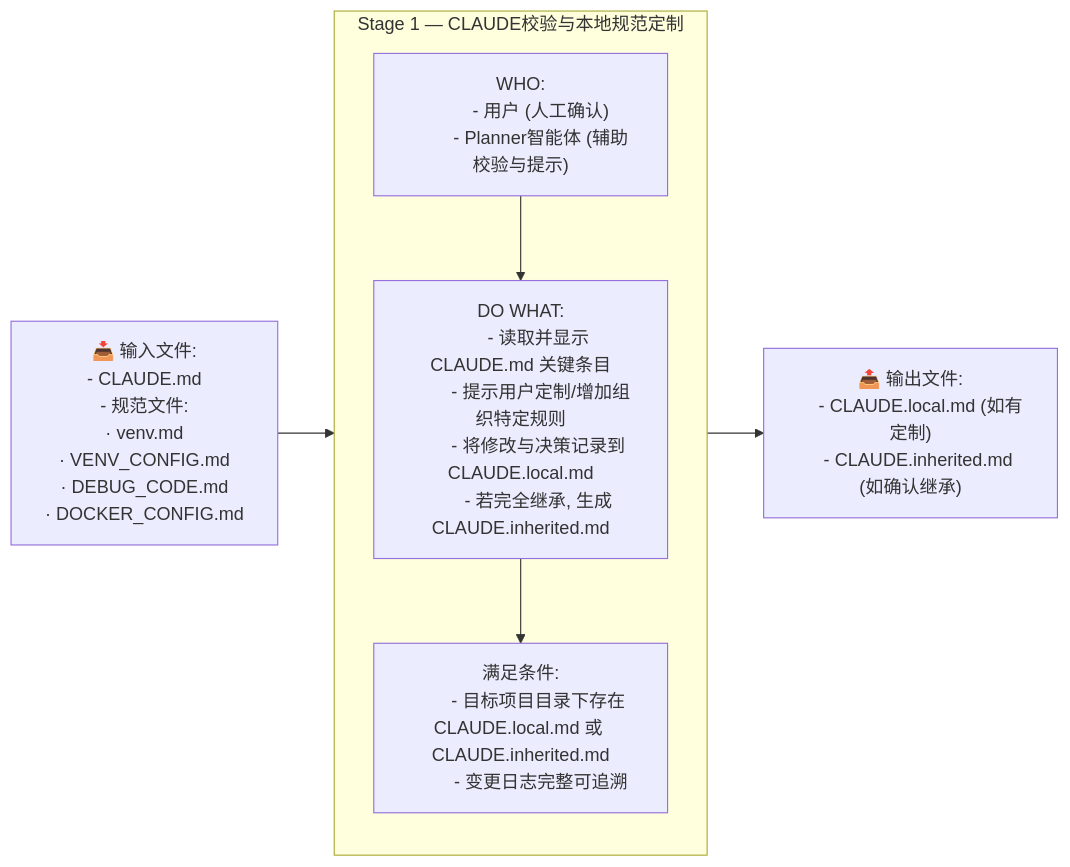
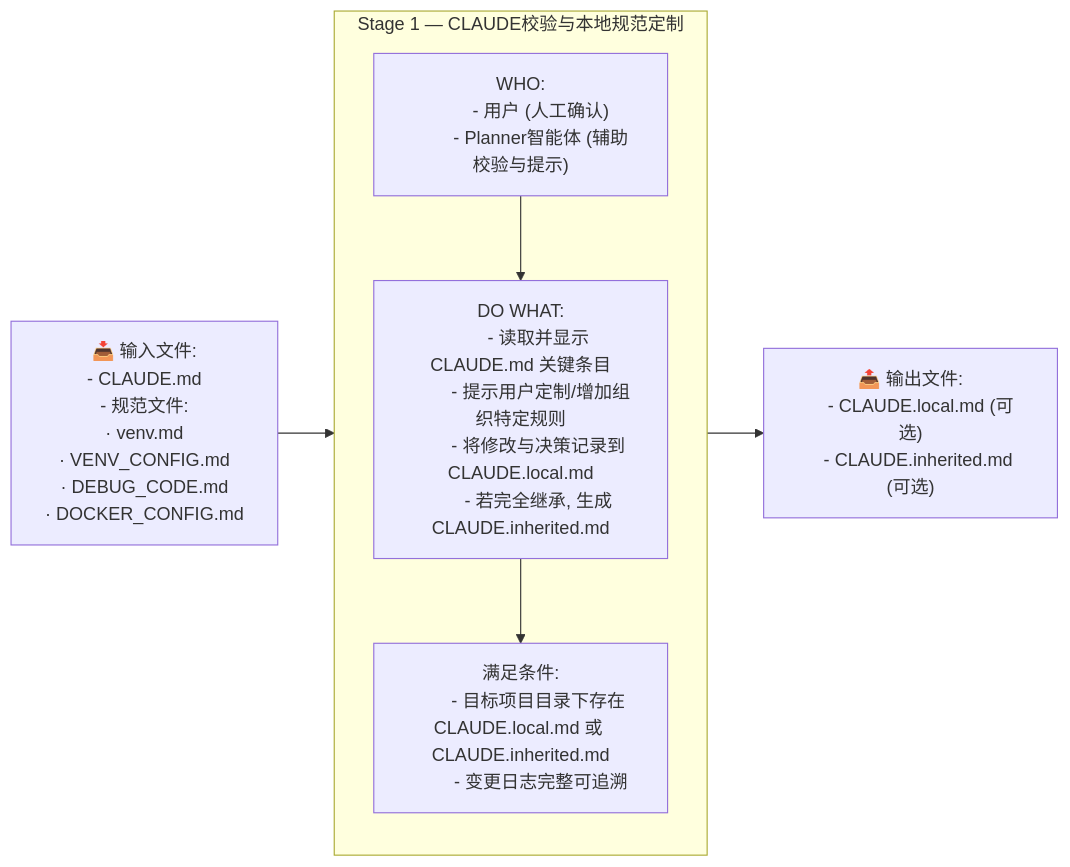
Before and after one commit to ouyangshixiong/context-engineering-zh: the eighth of 17 diagrams in README.md, drawn with Mermaid. The commit also changed other lines of this file, not shown here.

````diff
--- a/README.md
+++ b/README.md
@@ -310,38 +359,38 @@
 ```mermaid
 flowchart LR
     %% ================= Stage 1 =================
     I1["📥 输入文件:
     - CLAUDE.md
     - 规范文件:
       · venv.md
       · VENV_CONFIG.md
       · DEBUG_CODE.md
       · DOCKER_CONFIG.md"]
 
     O1["📤 输出文件:
-    - CLAUDE.local.md (如有定制)
-    - CLAUDE.inherited.md (如确认继承)"]
+    - CLAUDE.local.md (可选)
+    - CLAUDE.inherited.md (可选)"]
 
     subgraph S1["Stage 1 — CLAUDE校验与本地规范定制"]
         direction TB
         W1["WHO:
         - 用户 (人工确认)
         - Planner智能体 (辅助校验与提示)"]
 
         A1["DO WHAT:
         - 读取并显示 CLAUDE.md 关键条目
         - 提示用户定制/增加组织特定规则
         - 将修改与决策记录到 CLAUDE.local.md
         - 若完全继承, 生成 CLAUDE.inherited.md"]
 
         V1["满足条件:
         - 目标项目目录下存在 CLAUDE.local.md 或 CLAUDE.inherited.md
         - 变更日志完整可追溯"]
 
         W1 --> A1 --> V1
     end
 
     I1 --> S1 --> O1
 
 
 ```
````
